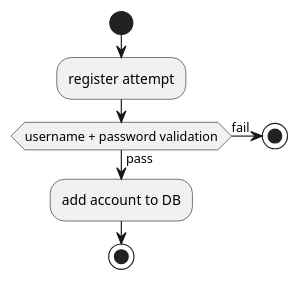
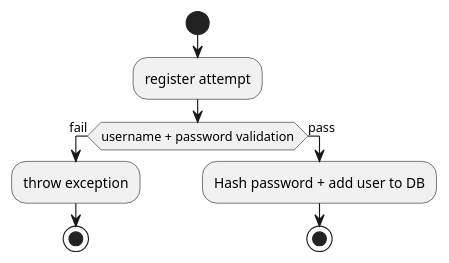
Before and after one commit to MoermansJ/eindwerk_backEnd: the second of 3 diagrams in docs/flowchart.md, drawn with PlantUML. The commit also changed other lines of this file and 6 other files, not shown here.

````diff
--- a/docs/flowchart.md
+++ b/docs/flowchart.md
@@ -5,14 +26,15 @@
 ```plantuml
 @startuml
 start
 
 :register attempt;
 if (username + password validation) then (fail)
+:throw exception;
 stop
 else(pass)
 
-:add account to DB;
+:Hash password + add user to DB;
 
 stop
 @enduml
 ```
````
